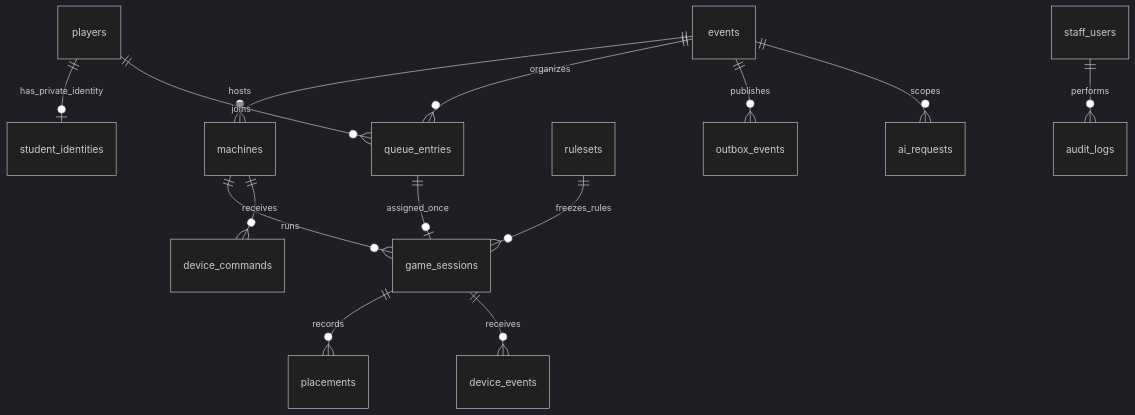
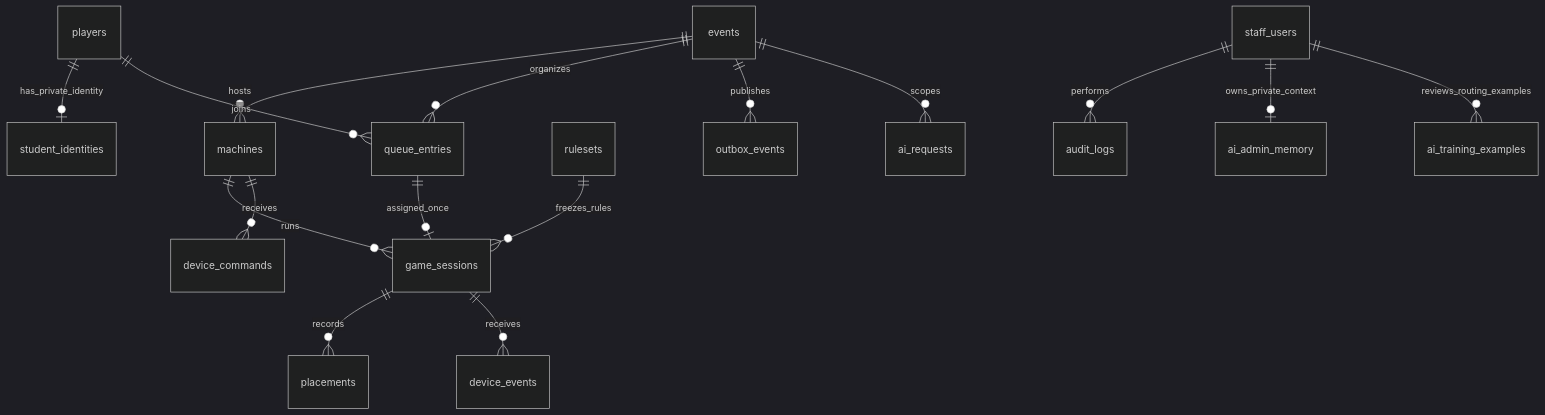
The diagram in docs/schema.md (BlackRose-26/iot-dashboard), drawn with Mermaid (dark theme) before and after one commit. The commit also changed other lines of this file and 82 other files, not shown here.

First line of the commit message:
Update manifest.json and graphify.cmd for environment changes

````diff
--- a/docs/schema.md
+++ b/docs/schema.md
@@ -18,16 +18,18 @@
 ```mermaid
 erDiagram
   events ||--o{ machines : hosts
   events ||--o{ queue_entries : organizes
   players ||--o| student_identities : has_private_identity
   players ||--o{ queue_entries : joins
   queue_entries ||--o| game_sessions : assigned_once
   machines ||--o{ game_sessions : runs
   rulesets ||--o{ game_sessions : freezes_rules
   game_sessions ||--o{ placements : records
   game_sessions ||--o{ device_events : receives
   machines ||--o{ device_commands : receives
   events ||--o{ outbox_events : publishes
   events ||--o{ ai_requests : scopes
   staff_users ||--o{ audit_logs : performs
+  staff_users ||--o| ai_admin_memory : owns_private_context
+  staff_users ||--o{ ai_training_examples : reviews_routing_examples
 ```
````
